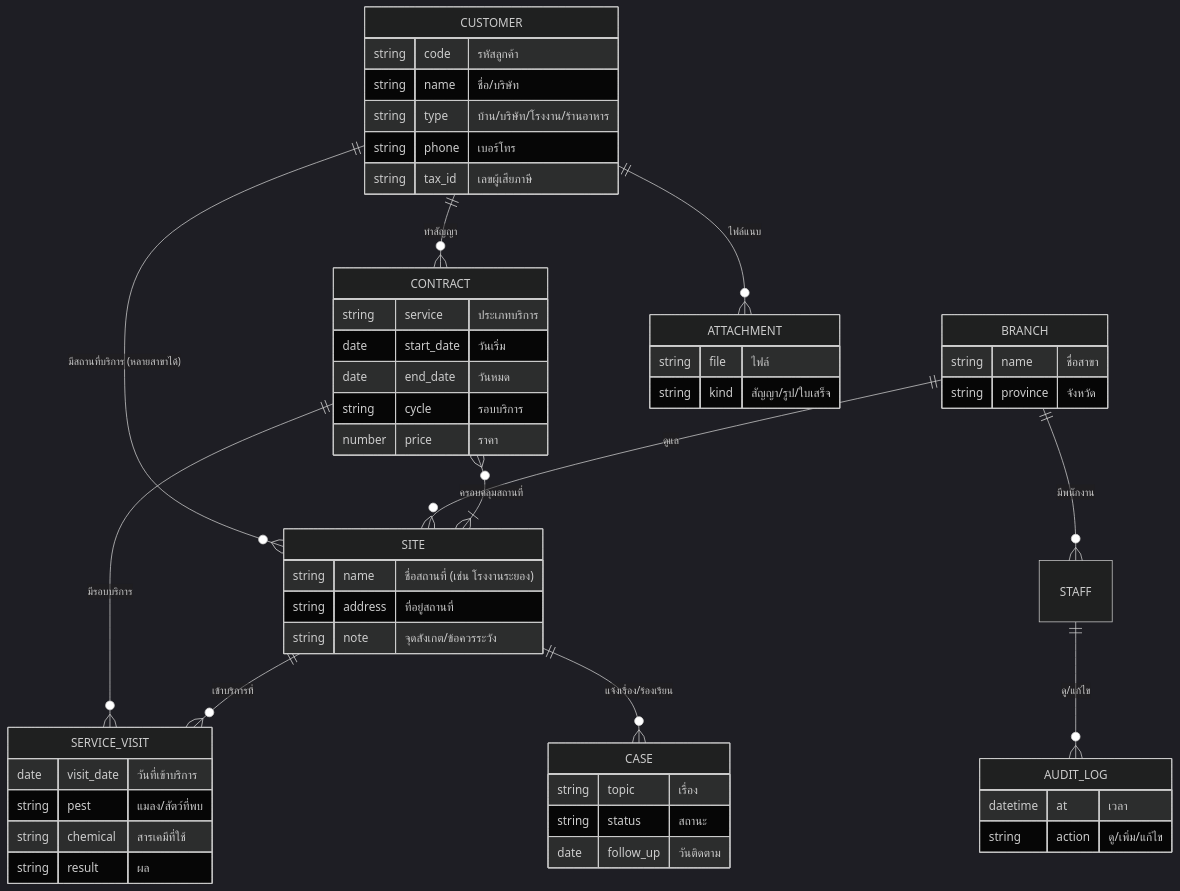
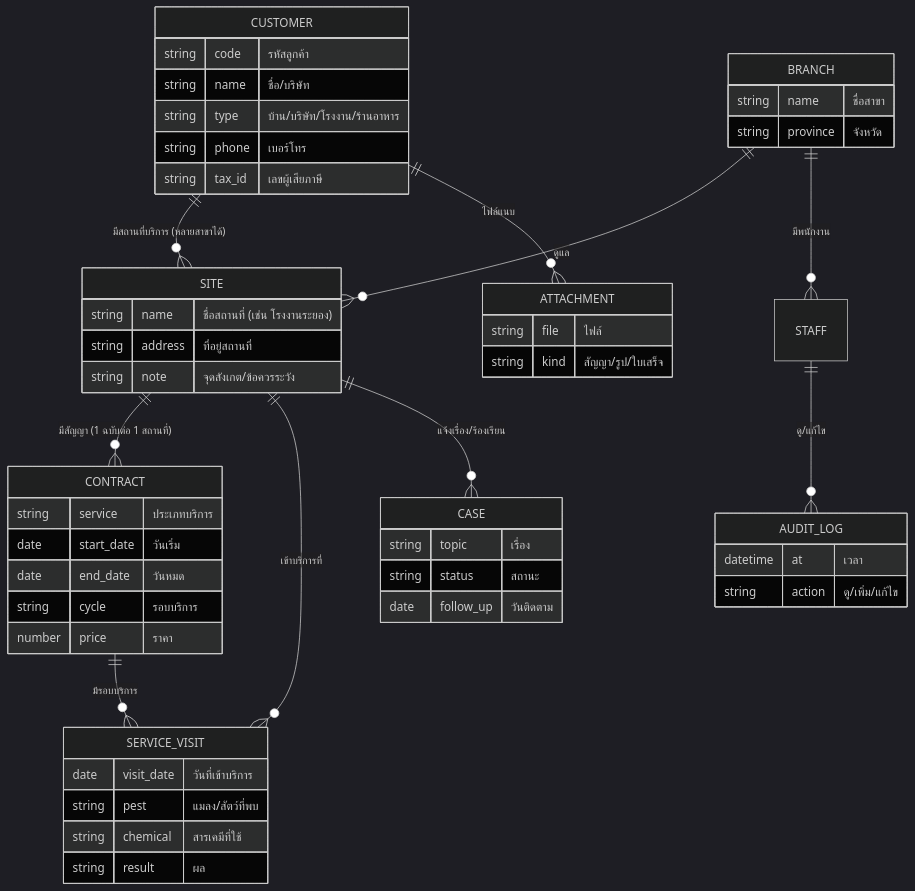
The fourth of 7 diagrams in docs/research/2026-11-07-advance-group-asia-workflow-diagrams.md (warayuthsema-alt/my-house-sh2401), drawn with Mermaid (dark theme) before and after one commit. The commit also changed other lines of this file and 1 other file, not shown here.

First line of the commit message:
Workflow diagrams: one contract per site and branch

````diff
--- a/docs/research/2026-11-07-advance-group-asia-workflow-diagrams.md
+++ b/docs/research/2026-11-07-advance-group-asia-workflow-diagrams.md
@@ -111,56 +112,55 @@
 ```mermaid
 erDiagram
     CUSTOMER ||--o{ SITE : "มีสถานที่บริการ (หลายสาขาได้)"
     BRANCH ||--o{ SITE : "ดูแล"
     BRANCH ||--o{ STAFF : "มีพนักงาน"
-    CUSTOMER ||--o{ CONTRACT : "ทำสัญญา"
-    CONTRACT }o--|{ SITE : "ครอบคลุมสถานที่"
+    SITE ||--o{ CONTRACT : "มีสัญญา (1 ฉบับต่อ 1 สถานที่)"
     CONTRACT ||--o{ SERVICE_VISIT : "มีรอบบริการ"
     SITE ||--o{ SERVICE_VISIT : "เข้าบริการที่"
     SITE ||--o{ CASE : "แจ้งเรื่อง/ร้องเรียน"
     CUSTOMER ||--o{ ATTACHMENT : "ไฟล์แนบ"
     STAFF ||--o{ AUDIT_LOG : "ดู/แก้ไข"
 
     BRANCH {
         string name "ชื่อสาขา"
         string province "จังหวัด"
     }
     CUSTOMER {
         string code "รหัสลูกค้า"
         string name "ชื่อ/บริษัท"
         string type "บ้าน/บริษัท/โรงงาน/ร้านอาหาร"
         string phone "เบอร์โทร"
         string tax_id "เลขผู้เสียภาษี"
     }
     SITE {
         string name "ชื่อสถานที่ (เช่น โรงงานระยอง)"
         string address "ที่อยู่สถานที่"
         string note "จุดสังเกต/ข้อควรระวัง"
     }
     CONTRACT {
         string service "ประเภทบริการ"
         date start_date "วันเริ่ม"
         date end_date "วันหมด"
         string cycle "รอบบริการ"
         number price "ราคา"
     }
     SERVICE_VISIT {
         date visit_date "วันที่เข้าบริการ"
         string pest "แมลง/สัตว์ที่พบ"
         string chemical "สารเคมีที่ใช้"
         string result "ผล"
     }
     CASE {
         string topic "เรื่อง"
         string status "สถานะ"
         date follow_up "วันติดตาม"
     }
     ATTACHMENT {
         string file "ไฟล์"
         string kind "สัญญา/รูป/ใบเสร็จ"
     }
     AUDIT_LOG {
         datetime at "เวลา"
         string action "ดู/เพิ่ม/แก้ไข"
     }
 ```
````
